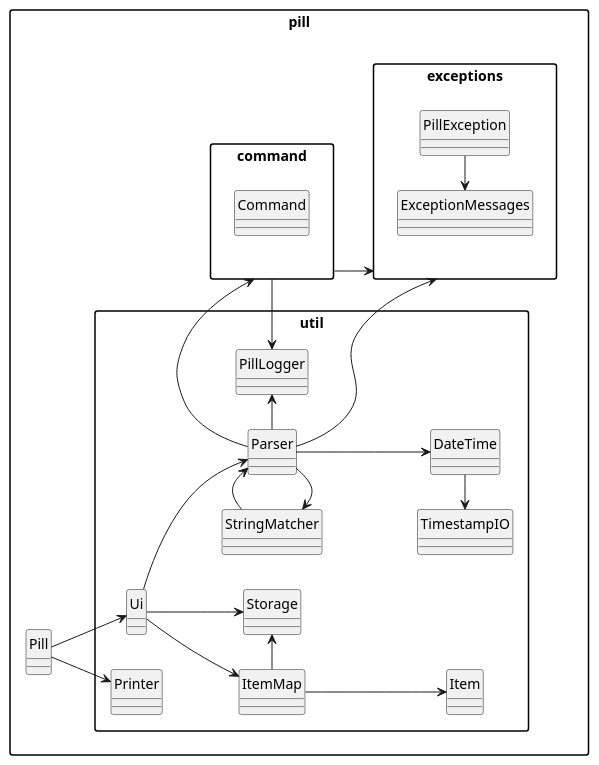
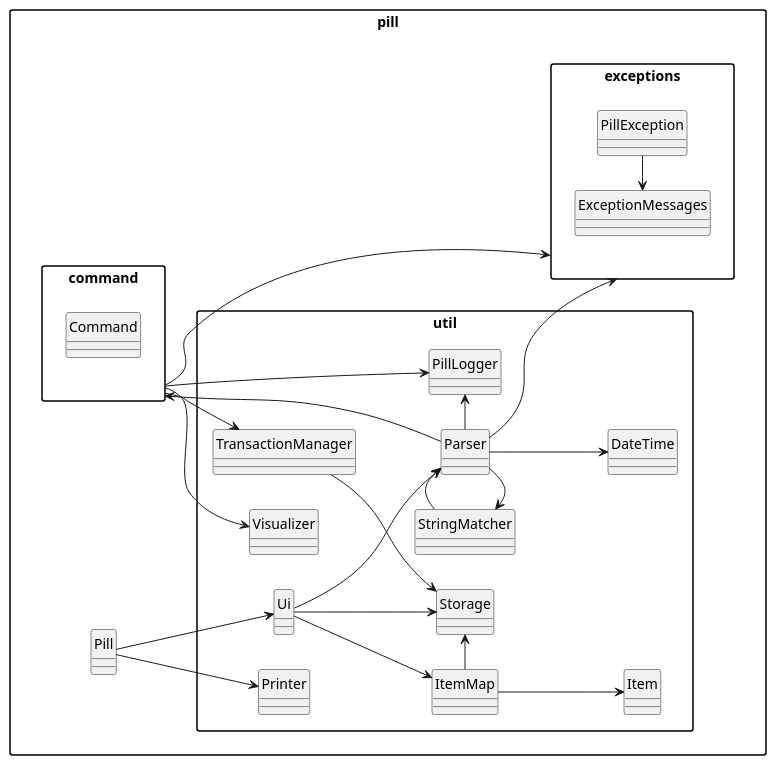
The diagram in docs/diagrams/High-Level-Overview.puml (yijiano/tp), drawn with PlantUML before and after one commit. The commit also changed 1 other file, not shown here.

Commit message:
Update high level architecture diagram

```diff
--- a/docs/diagrams/High-Level-Overview.puml
+++ b/docs/diagrams/High-Level-Overview.puml
@@ -2,62 +2,65 @@
 @startuml
 
 hide circle
 skinparam packageStyle rectangle
 
 left to right direction
 
 package "pill" {
     class Pill
 
     package "util" {
         class Ui
         class Parser
         class StringMatcher
         class Printer
         class Storage
         class ItemMap
         class Item
         class DateTime
         class PillLogger
-        class TimestampIO
+        class TransactionManager
+        class Visualizer
     }
 
     package exceptions {
         class PillException
         class ExceptionMessages
     }
     package command {
         class Command
     }
 
 
 
     Pill --> Ui
     Pill --> Printer
 
 
     Ui --> Parser
     Ui --> ItemMap
     Ui --> Storage
     ItemMap --> Item
 
 
     Parser --> command
     Parser -up> StringMatcher
     Parser --> DateTime
-    DateTime -up> TimestampIO
     StringMatcher -> Parser
     Parser -> PillLogger
     command --> exceptions
+    command --> TransactionManager
+    command --> Visualizer
     command -> PillLogger
     Parser --> exceptions
 
     ItemMap -> Storage
+    TransactionManager --> Storage
 
     PillException -left> ExceptionMessages
 
 }
 
 
 
 @enduml
```
